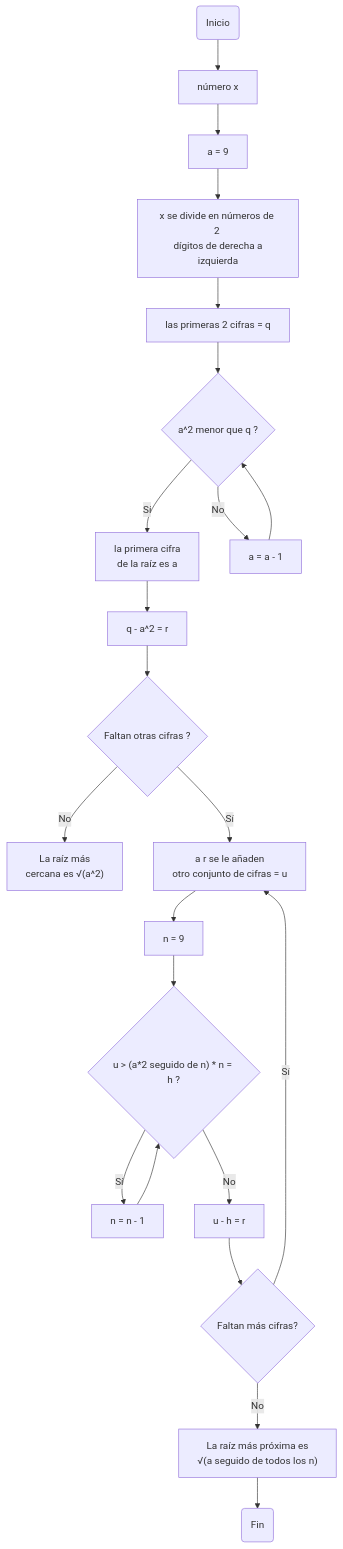
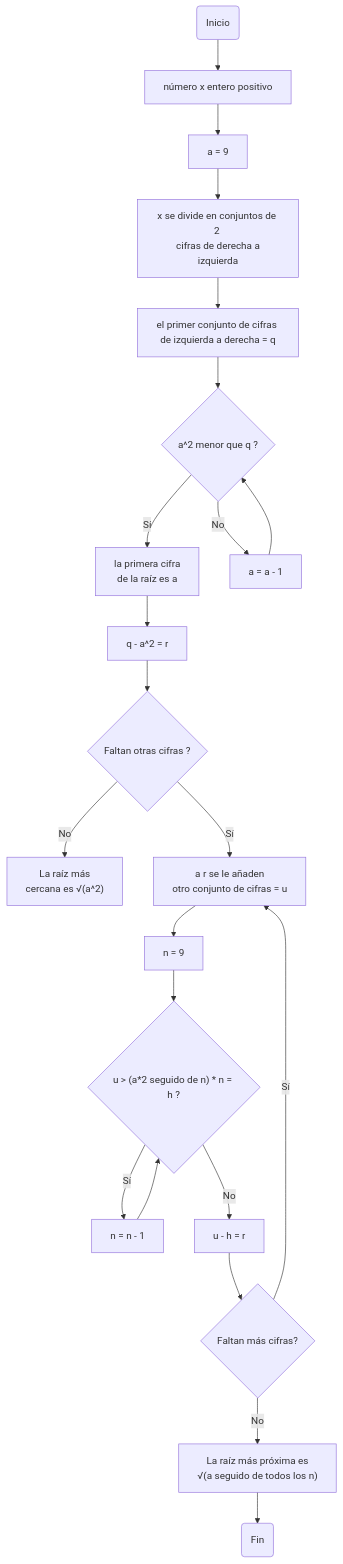
The second of 2 diagrams in README.md (LucasGarcia0924/Reto-3-Flow-en-mis-diagramas), drawn with Mermaid before and after one commit.

Commit message:
README.md

````diff
--- a/README.md
+++ b/README.md
@@ -77,25 +77,25 @@
 ```mermaid
 graph TD;
     A(Inicio);
-A -->B[número x];
+A -->B[número x entero positivo];
 B -->C[a = 9];
-C -->E[x se divide en números de 2 <br> dígitos de derecha a izquierda];
-E -->F[las primeras 2 cifras = q];
+C -->E[x se divide en conjuntos de 2 <br> cifras de derecha a izquierda];
+E -->F[el primer conjunto de cifras de izquierda a derecha = q];
 F -->G{a^2 menor que q ?};
 G -->|Sí|H[la primera cifra <br> de la raíz es a];
 G -->|No|I[a = a - 1];
 I -->G;
 H -->J[q - a^2 = r];
 J -->K{Faltan otras cifras ?};
 K -->|No|L["La raíz más <br> cercana es  √(a^2)"];
 K -->|Sí|M[a r se le añaden <br> otro conjunto de cifras = u];
 M -->N[n = 9];
 N -->O{"u > (a*2 seguido de n) * n = h ?"};
 O -->|Sí|P[n = n - 1];
 P -->O;
 O -->|No|Q[u - h = r];
 Q -->R{Faltan más cifras?};
 R -->|Sí|M;
 R -->|No|T["La raíz más próxima es <br> √(a seguido de todos los n)"];
 T -->S(Fin);
 ```
````
